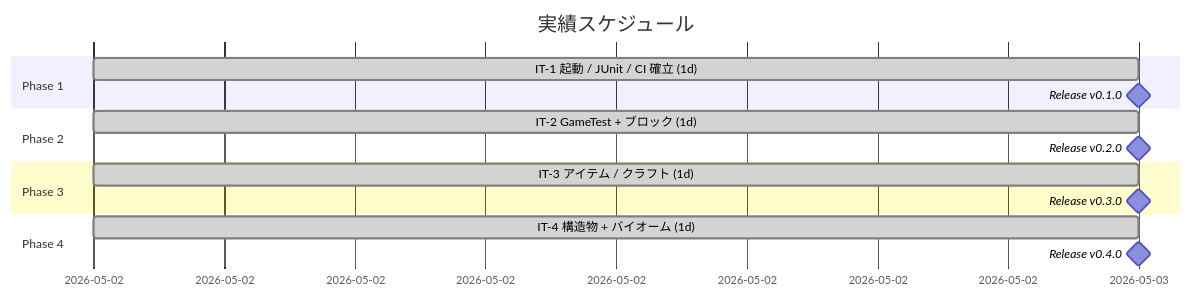
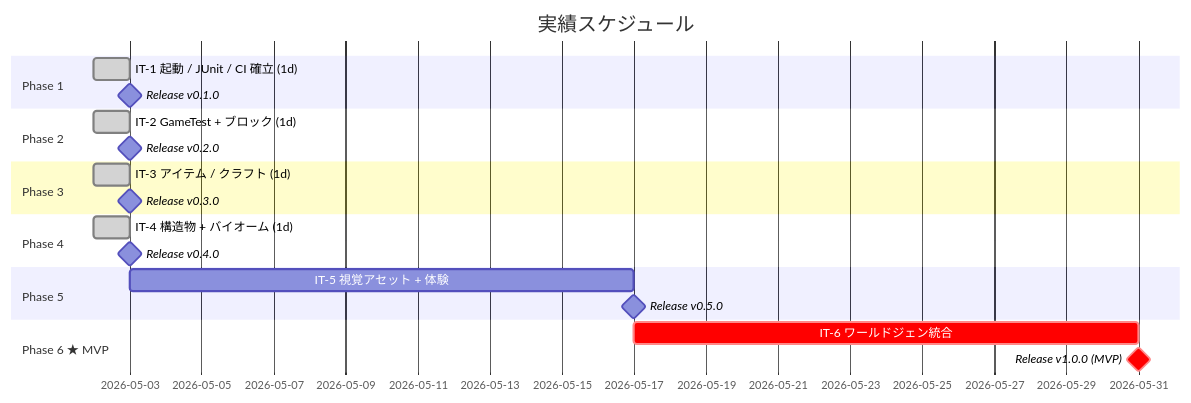
The second of 3 diagrams in docs/development/release_plan.md (k2works/ai-programing-exercise), drawn with Mermaid before and after one commit. The commit also changed other lines of this file and 6 other files, not shown here.

````diff
--- a/docs/development/release_plan.md
+++ b/docs/development/release_plan.md
@@ -165,17 +191,23 @@
 ```mermaid
 gantt
     title 実績スケジュール
     dateFormat  YYYY-MM-DD
     section Phase 1
     IT-1 起動 / JUnit / CI 確立 (1d) :done, p1, 2026-05-02, 1d
     Release v0.1.0                  :milestone, m1, after p1, 0d
     section Phase 2
     IT-2 GameTest + ブロック (1d)    :done, p2, 2026-05-02, 1d
     Release v0.2.0                  :milestone, m2, after p2, 0d
     section Phase 3
     IT-3 アイテム / クラフト (1d)   :done, p3, 2026-05-02, 1d
     Release v0.3.0                  :milestone, m3, after p3, 0d
     section Phase 4
     IT-4 構造物 + バイオーム (1d)   :done, p4, 2026-05-02, 1d
     Release v0.4.0                  :milestone, m4, after p4, 0d
+    section Phase 5
+    IT-5 視覚アセット + 体験         :p5, after p4, 14d
+    Release v0.5.0                  :milestone, m5, after p5, 0d
+    section Phase 6 ★ MVP
+    IT-6 ワールドジェン統合          :crit, p6, after p5, 14d
+    Release v1.0.0 (MVP)            :crit, milestone, m6, after p6, 0d
 ```
````
